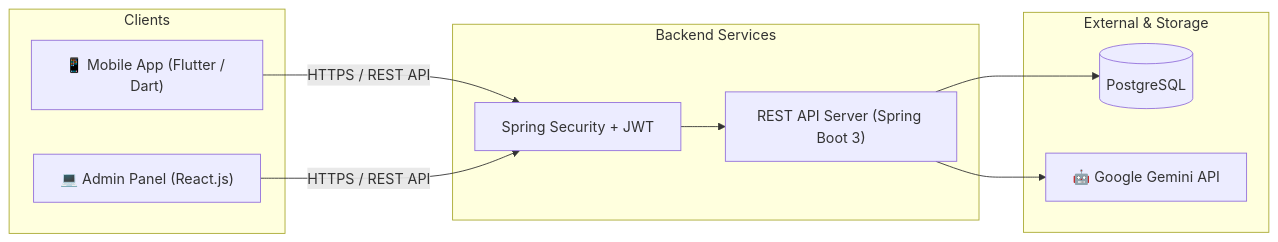
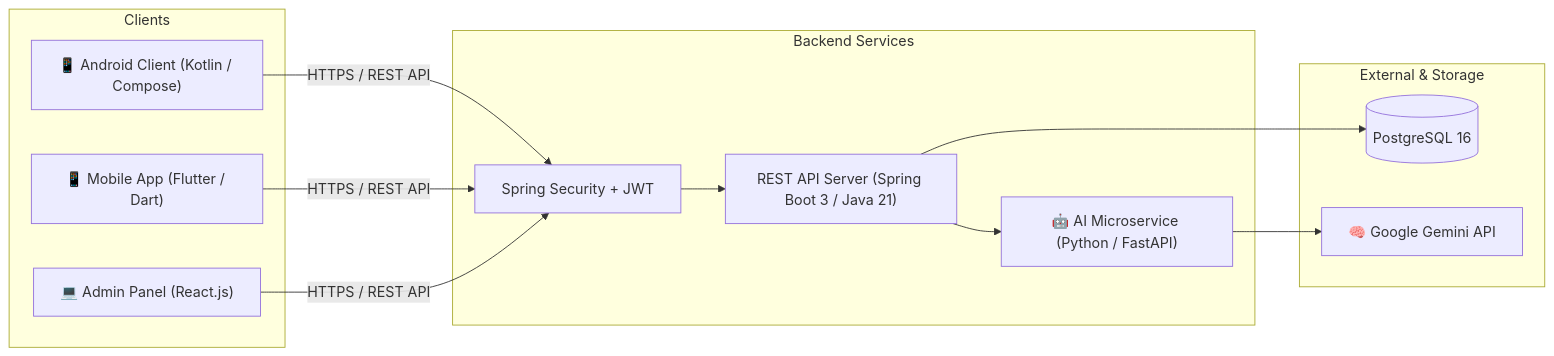
Before and after one commit to pdtLong2929/FinSync: the second of 2 diagrams in README.md, drawn with Mermaid. The commit also changed other lines of this file and 38 other files, not shown here.

Commit message:
docs: initialize comprehensive project documentation, architecture design, and repository structure

````diff
--- a/README.md
+++ b/README.md
@@ -113,23 +115,27 @@
 ```mermaid
 graph LR
     subgraph Clients
-        Mobile["📱 Mobile App (Flutter / Dart)"]
+        Android["📱 Android Client (Kotlin / Compose)"]
+        Flutter["📱 Mobile App (Flutter / Dart)"]
         AdminWeb["💻 Admin Panel (React.js)"]
     end
 
     subgraph Backend Services
-        Gateway["REST API Server (Spring Boot 3)"]
+        Gateway["REST API Server (Spring Boot 3 / Java 21)"]
         Security["Spring Security + JWT"]
+        AIMicro["🤖 AI Microservice (Python / FastAPI)"]
     end
 
     subgraph External & Storage
-        DB[("PostgreSQL")]
-        AI["🤖 Google Gemini API"]
+        DB[("PostgreSQL 16")]
+        AI["🧠 Google Gemini API"]
     end
 
-    Mobile -->|HTTPS / REST API| Security
+    Android -->|HTTPS / REST API| Security
+    Flutter -->|HTTPS / REST API| Security
     AdminWeb -->|HTTPS / REST API| Security
     Security --> Gateway
     Gateway --> DB
-    Gateway --> AI
+    Gateway --> AIMicro
+    AIMicro --> AI
 ```
````
